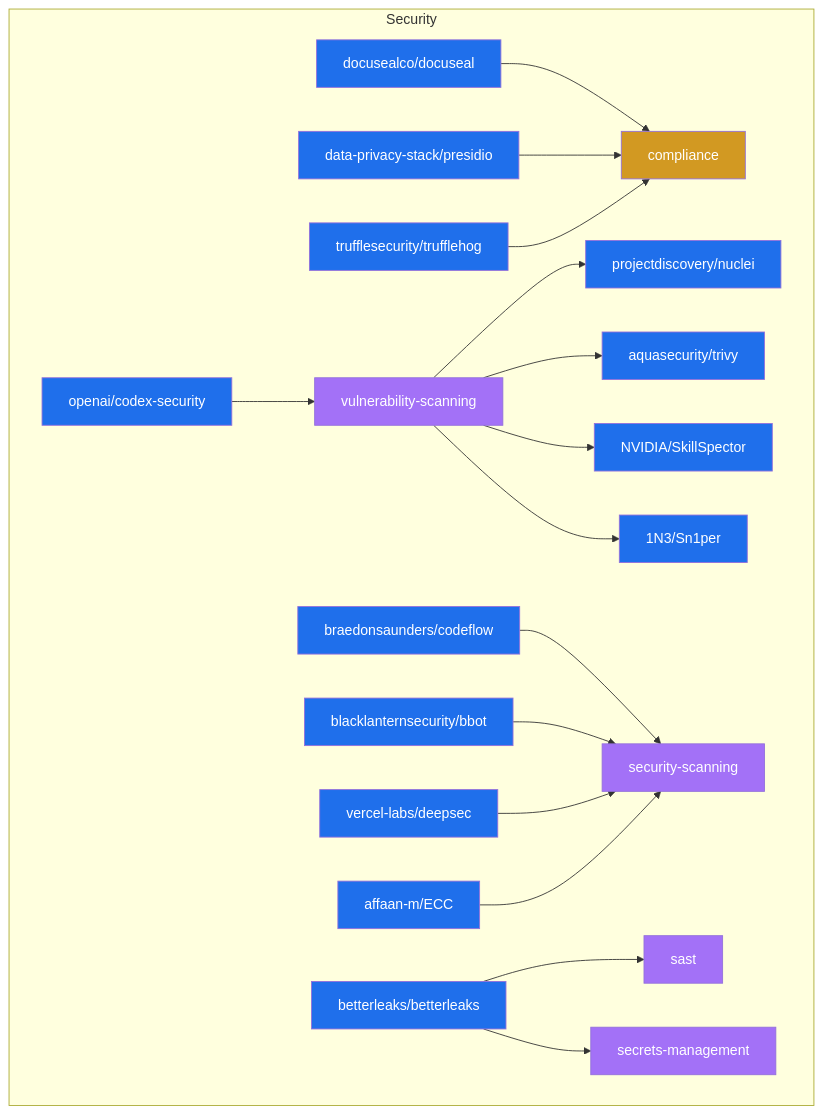
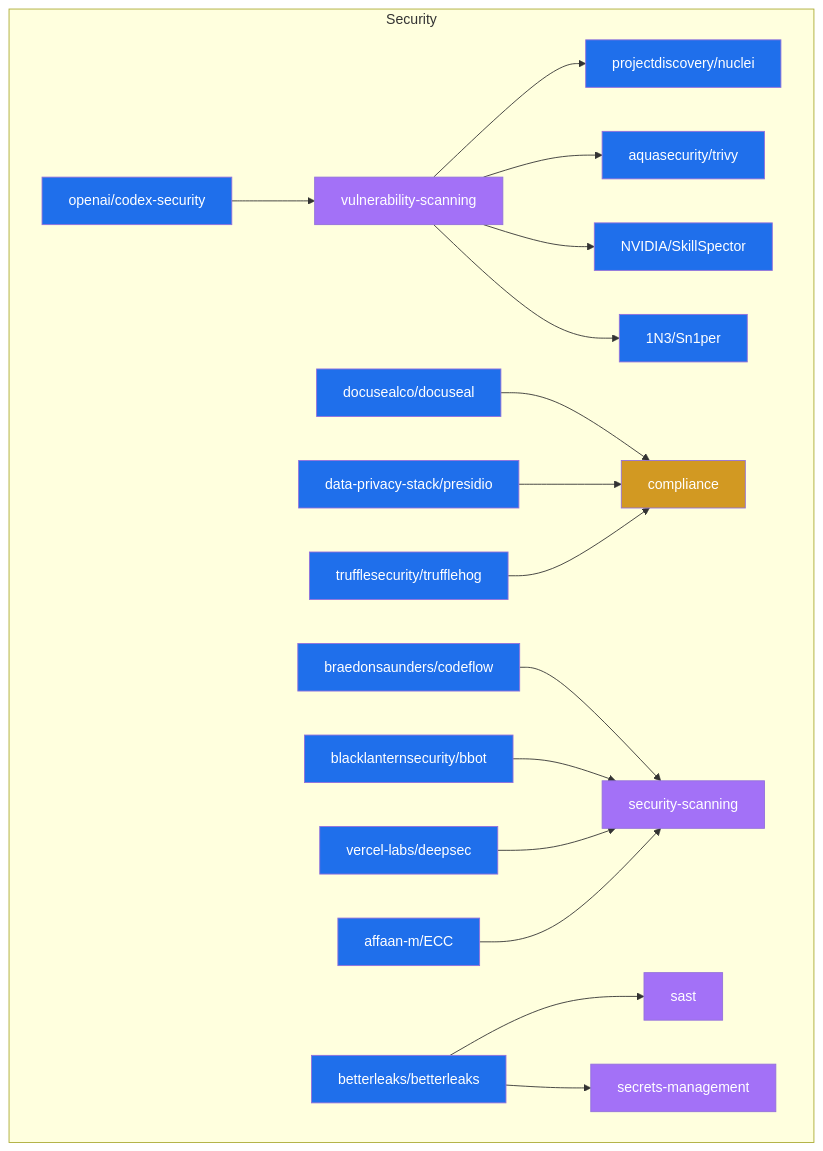
One commit to Meru143/star-graph changed the diagram in data/star_graph_security.mermaid. Above: the diagram before and after it, drawn with Mermaid. The commit also changed other lines of this file and 15 other files, not shown here.

Commit message:
chore: weekly star graph update 2026-09-07

```diff
--- a/data/star_graph_security.mermaid
+++ b/data/star_graph_security.mermaid
@@ -1,40 +1,40 @@
 graph TD
   subgraph security ["Security"]
+    braedonsaunders_codeflow["braedonsaunders/codeflow"]:::repo
+    betterleaks_betterleaks["betterleaks/betterleaks"]:::repo
+    vercel_labs_deepsec["vercel-labs/deepsec"]:::repo
+    blacklanternsecurity_bbot["blacklanternsecurity/bbot"]:::repo
+    secrets_management["secrets-management"]:::topic
     compliance["compliance"]:::use_case
+    NVIDIA_SkillSpector["NVIDIA/SkillSpector"]:::repo
+    data_privacy_stack_presidio["data-privacy-stack/presidio"]:::repo
+    projectdiscovery_nuclei["projectdiscovery/nuclei"]:::repo
+    trufflesecurity_trufflehog["trufflesecurity/trufflehog"]:::repo
+    vulnerability_scanning["vulnerability-scanning"]:::topic
+    1N3_Sn1per["1N3/Sn1per"]:::repo
     aquasecurity_trivy["aquasecurity/trivy"]:::repo
     sast["sast"]:::topic
-    secrets_management["secrets-management"]:::topic
+    affaan_m_ECC["affaan-m/ECC"]:::repo
     security_scanning["security-scanning"]:::topic
-    1N3_Sn1per["1N3/Sn1per"]:::repo
-    betterleaks_betterleaks["betterleaks/betterleaks"]:::repo
-    vercel_labs_deepsec["vercel-labs/deepsec"]:::repo
-    trufflesecurity_trufflehog["trufflesecurity/trufflehog"]:::repo
+    openai_codex_security["openai/codex-security"]:::repo
     docusealco_docuseal["docusealco/docuseal"]:::repo
-    openai_codex_security["openai/codex-security"]:::repo
-    vulnerability_scanning["vulnerability-scanning"]:::topic
-    projectdiscovery_nuclei["projectdiscovery/nuclei"]:::repo
-    data_privacy_stack_presidio["data-privacy-stack/presidio"]:::repo
-    braedonsaunders_codeflow["braedonsaunders/codeflow"]:::repo
-    blacklanternsecurity_bbot["blacklanternsecurity/bbot"]:::repo
-    affaan_m_ECC["affaan-m/ECC"]:::repo
-    NVIDIA_SkillSpector["NVIDIA/SkillSpector"]:::repo
   end
   openai_codex_security --> vulnerability_scanning
   vulnerability_scanning --> projectdiscovery_nuclei
   vulnerability_scanning --> aquasecurity_trivy
   vulnerability_scanning --> NVIDIA_SkillSpector
   vulnerability_scanning --> 1N3_Sn1per
   docusealco_docuseal --> compliance
   data_privacy_stack_presidio --> compliance
   braedonsaunders_codeflow --> security_scanning
   trufflesecurity_trufflehog --> compliance
   betterleaks_betterleaks --> sast
   betterleaks_betterleaks --> secrets_management
   blacklanternsecurity_bbot --> security_scanning
   vercel_labs_deepsec --> security_scanning
   affaan_m_ECC --> security_scanning
   classDef repo fill:#1f6feb,color:#fff;
   classDef topic fill:#a371f7,color:#fff;
   classDef technology fill:#3fb950,color:#fff;
   classDef use_case fill:#d29922,color:#fff;
   classDef architecture fill:#f85149,color:#fff;
```
